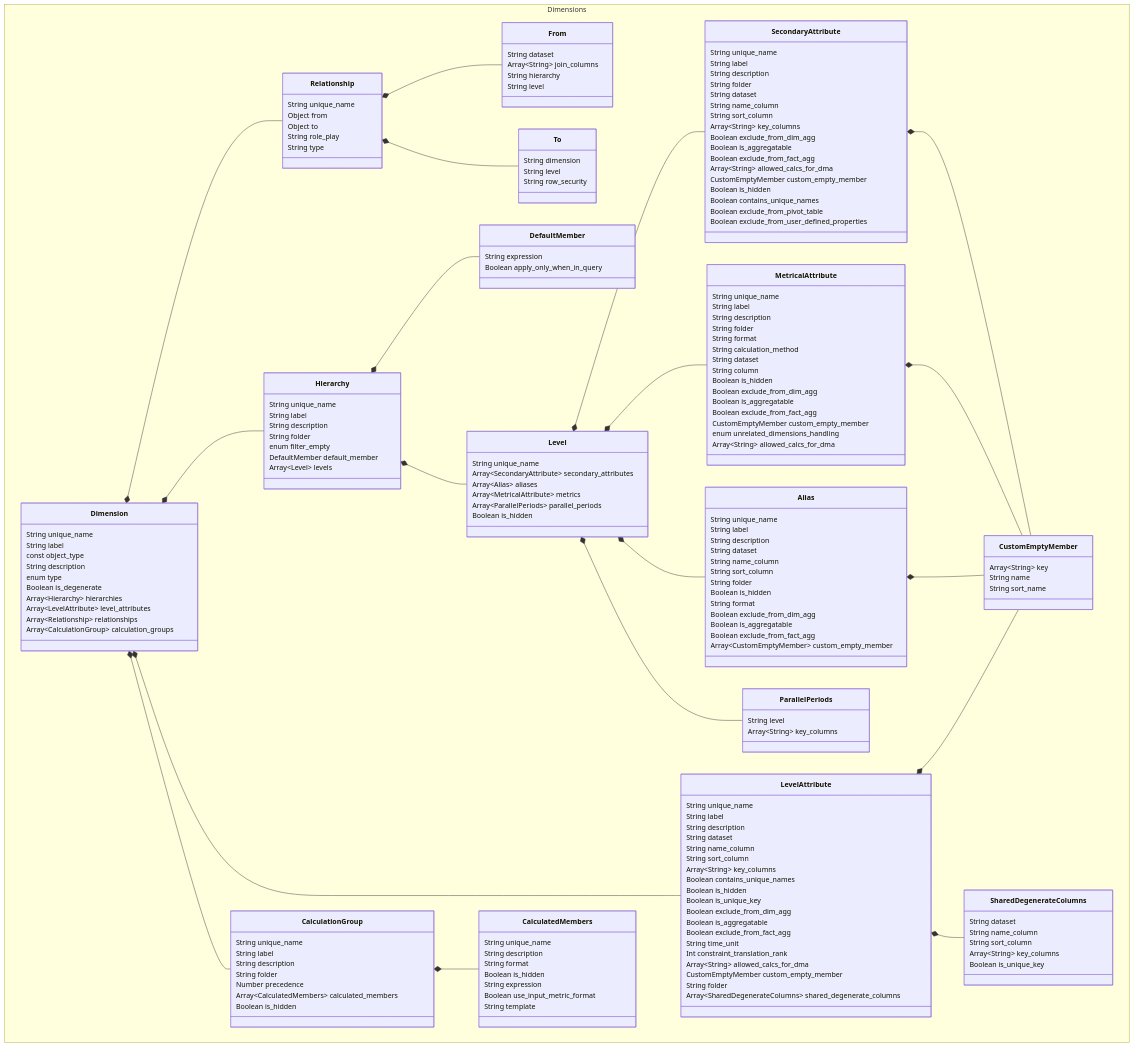
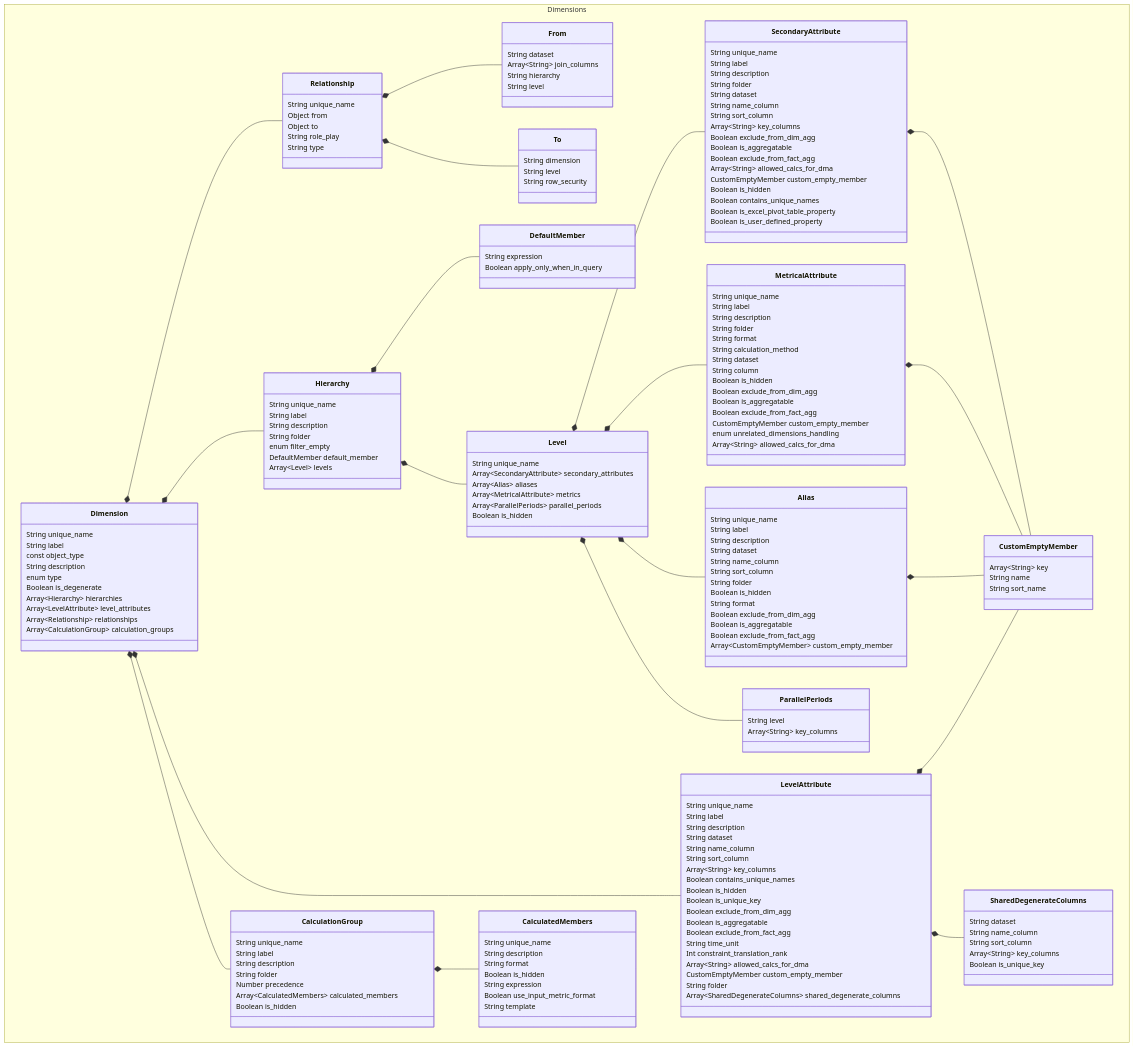
Before and after one commit to semanticdatalayer/SML: the diagram in sml-reference/dimension.md, drawn with Mermaid. The commit also changed other lines of this file, not shown here.

```diff
--- a/sml-reference/dimension.md
+++ b/sml-reference/dimension.md
@@ -294,8 +294,8 @@
       CustomEmptyMember custom_empty_member
       Boolean is_hidden
       Boolean contains_unique_names
-      Boolean exclude_from_pivot_table
-      Boolean exclude_from_user_defined_properties
+      Boolean is_excel_pivot_table_property
+      Boolean is_user_defined_property
     }
     class CustomEmptyMember{
       Array~String~ key
```
